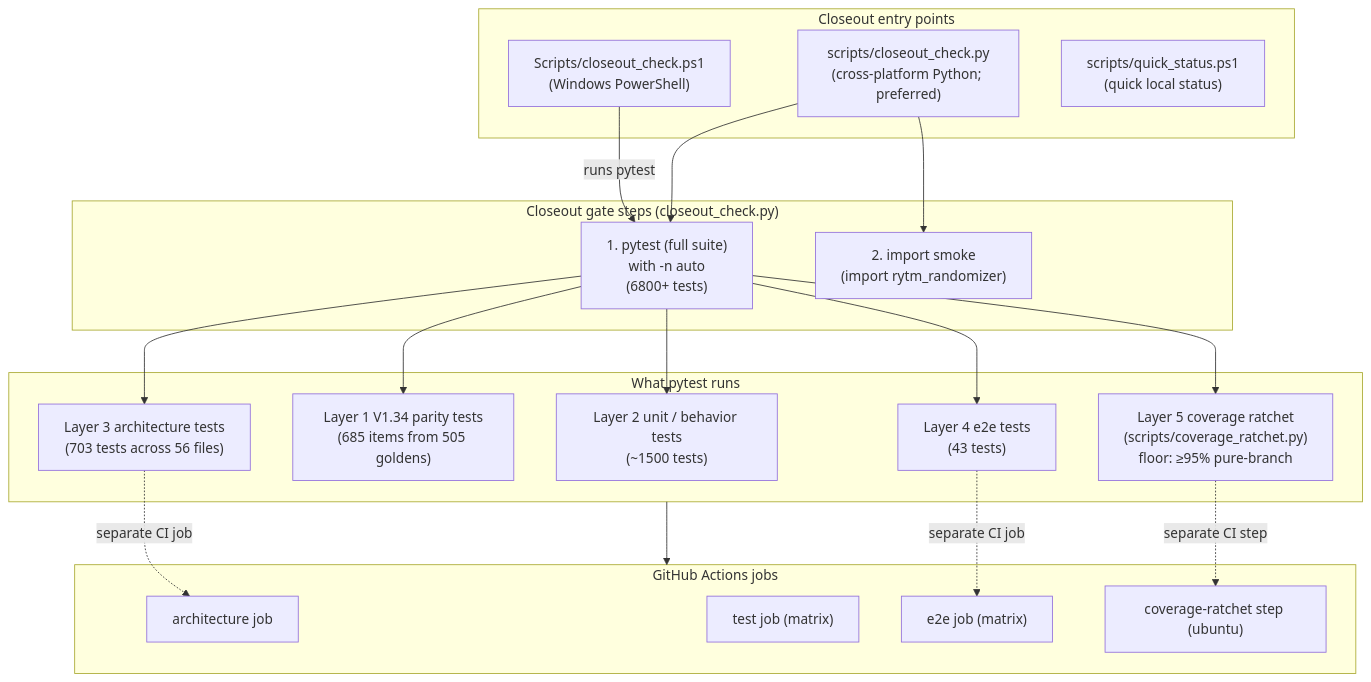
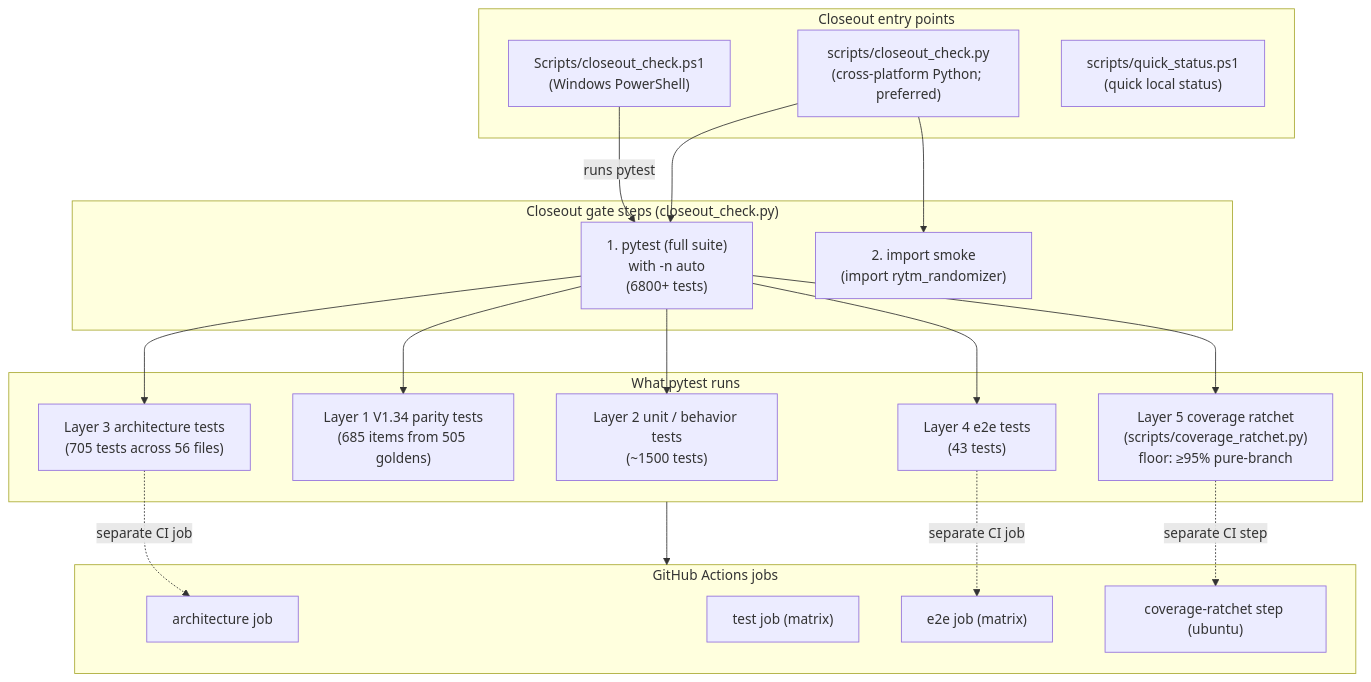
Diagram 24 of 34 in docs/ARCHITECTURE_DIAGRAMS.md (buzzijose-hub/RytmRandomizer), drawn with Mermaid before and after one commit. The commit also changed other lines of this file and 32 other files, not shown here.

````diff
--- a/docs/ARCHITECTURE_DIAGRAMS.md
+++ b/docs/ARCHITECTURE_DIAGRAMS.md
@@ -1744,43 +1744,43 @@
 ```mermaid
 flowchart TB
     subgraph Entry["Closeout entry points"]
         CloseoutPS1["Scripts/closeout_check.ps1<br/>(Windows PowerShell)"]
         CloseoutPy["scripts/closeout_check.py<br/>(cross-platform Python; preferred)"]
         QuickStatus["scripts/quick_status.ps1<br/>(quick local status)"]
     end
 
     subgraph GateSteps["Closeout gate steps (closeout_check.py)"]
         Step1["1. pytest (full suite)<br/>with -n auto<br/>(6800+ tests)"]
         Step2["2. import smoke<br/>(import rytm_randomizer)"]
     end
 
     subgraph PytestLayers["What pytest runs"]
         PassiveTests["Layer 2 unit / behavior tests<br/>(~1500 tests)"]
         ParityTests["Layer 1 V1.34 parity tests<br/>(685 items from 505 goldens)"]
-        ArchTests["Layer 3 architecture tests<br/>(703 tests across 56 files)"]
+        ArchTests["Layer 3 architecture tests<br/>(705 tests across 56 files)"]
         E2ETests["Layer 4 e2e tests<br/>(43 tests)"]
         CovStep["Layer 5 coverage ratchet<br/>(scripts/coverage_ratchet.py)<br/>floor: ≥95% pure-branch"]
     end
 
     subgraph CIJobs["GitHub Actions jobs"]
         CIArch["architecture job"]
         CITest["test job (matrix)"]
         CIE2E["e2e job (matrix)"]
         CIRatchet["coverage-ratchet step (ubuntu)"]
     end
 
     CloseoutPS1 -->|"runs pytest"| Step1
     CloseoutPy --> Step1
     CloseoutPy --> Step2
 
     Step1 --> PassiveTests
     Step1 --> ParityTests
     Step1 --> ArchTests
     Step1 --> E2ETests
     Step1 --> CovStep
 
     PytestLayers --> CIJobs
     ArchTests -.->|"separate CI job"| CIArch
     E2ETests -.->|"separate CI job"| CIE2E
     CovStep -.->|"separate CI step"| CIRatchet
 ```
````
